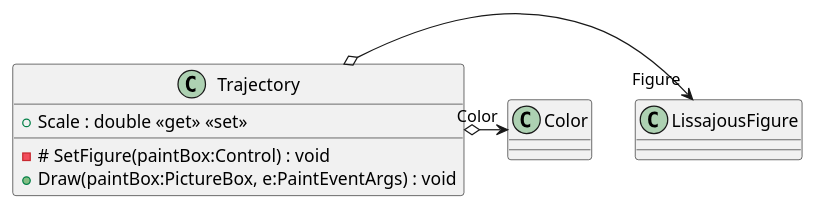
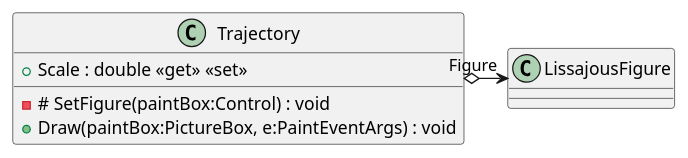
The diagram in Docs/Programming/Shapes/Trajectory.puml (Ruslan-Gabbazov/Programming), drawn with PlantUML before and after one commit. The commit also changed 16 other files, not shown here.

Commit message:
Add class diagrams

```diff
--- a/Docs/Programming/Shapes/Trajectory.puml
+++ b/Docs/Programming/Shapes/Trajectory.puml
@@ -1,9 +1,8 @@
 @startuml
 class Trajectory {
     + Scale : double <<get>> <<set>>
     - # SetFigure(paintBox:Control) : void
     + Draw(paintBox:PictureBox, e:PaintEventArgs) : void
 }
 Trajectory o-> "Figure" LissajousFigure
-Trajectory o-> "Color" Color
 @enduml
```
